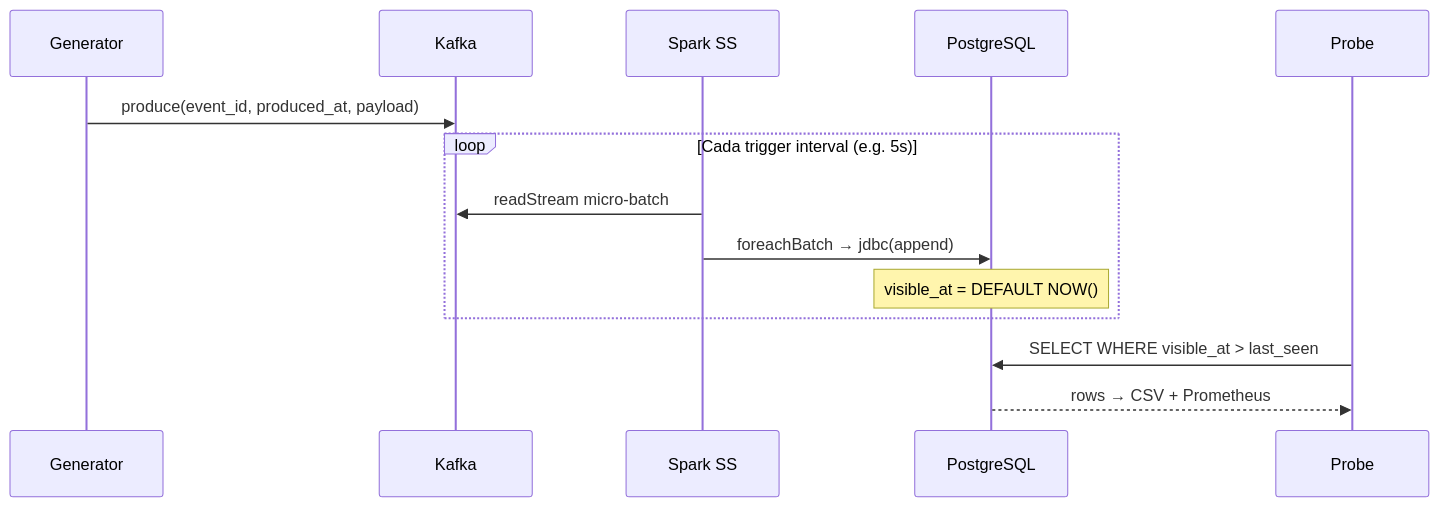
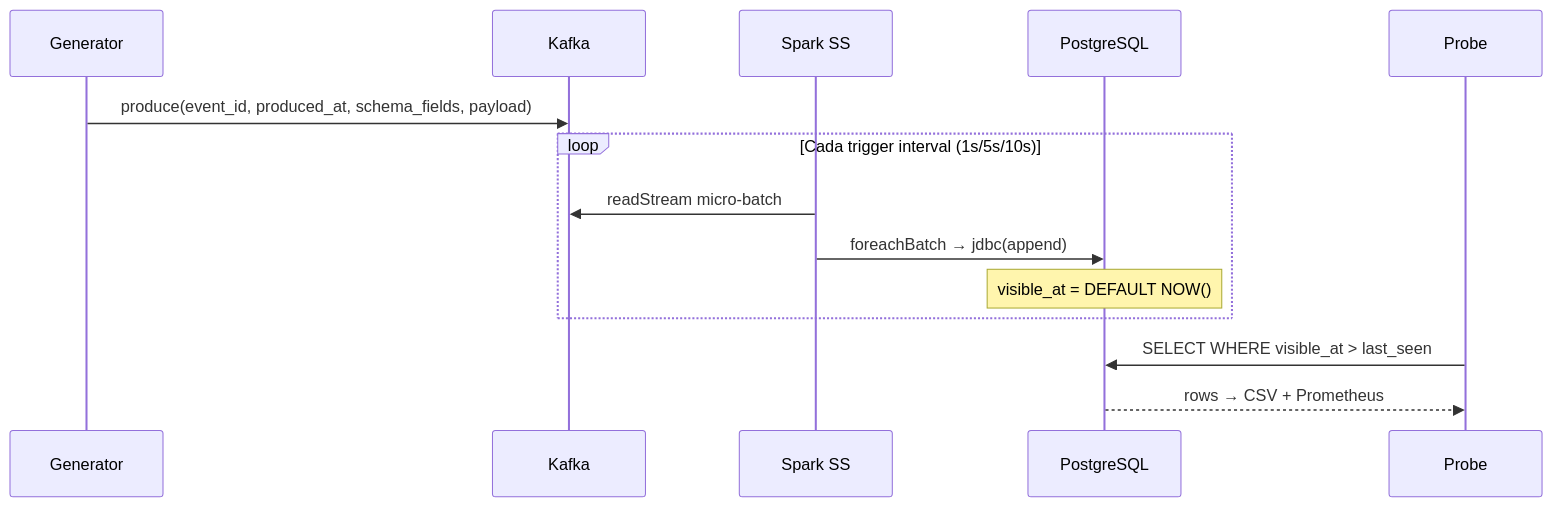
The third of 4 diagrams in docs/architecture.md (JohanCifuentes03/data-ingestion-strategies), drawn with Mermaid before and after one commit. The commit also changed other lines of this file and 25 other files, not shown here.

````diff
--- a/docs/architecture.md
+++ b/docs/architecture.md
@@ -94,17 +96,17 @@
 ```mermaid
 sequenceDiagram
     participant G as Generator
     participant K as Kafka
     participant SM as Spark SS
     participant PG as PostgreSQL
     participant P as Probe
 
-    G->>K: produce(event_id, produced_at, payload)
-    loop Cada trigger interval (e.g. 5s)
+    G->>K: produce(event_id, produced_at, schema_fields, payload)
+    loop Cada trigger interval (1s/5s/10s)
         SM->>K: readStream micro-batch
         SM->>PG: foreachBatch → jdbc(append)
         Note over PG: visible_at = DEFAULT NOW()
     end
     P->>PG: SELECT WHERE visible_at > last_seen
     PG-->>P: rows → CSV + Prometheus
 ```
````
